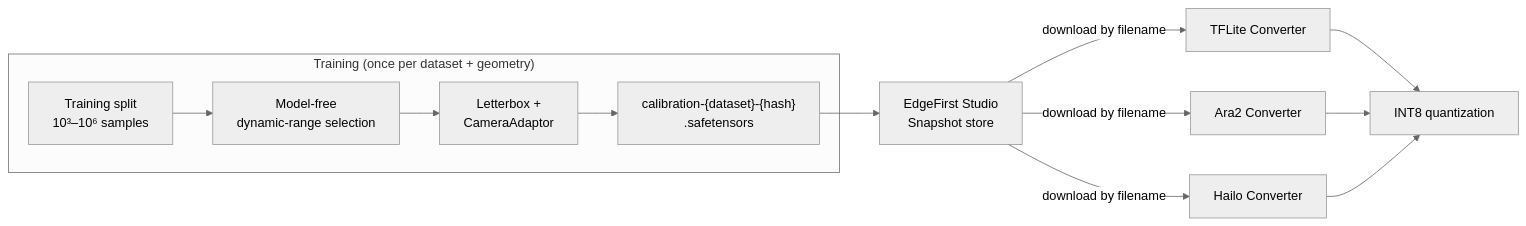
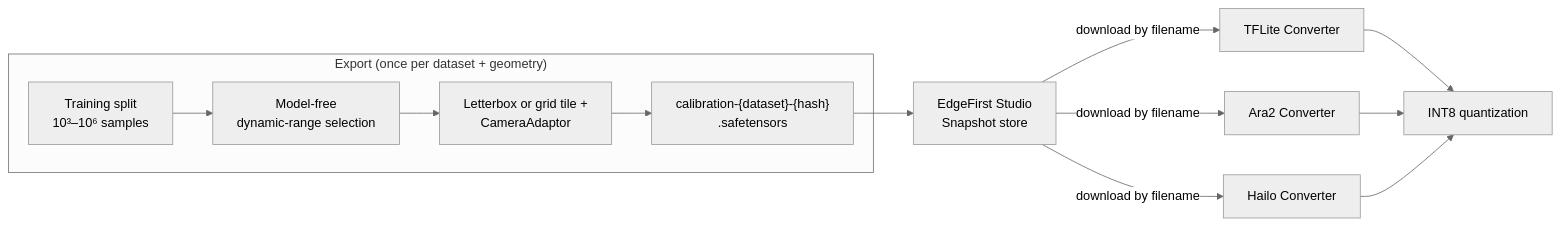
Before and after one commit to EdgeFirstAI/documentation: the diagram in docs/models/conversion/calibration.md, drawn with Mermaid (neutral theme). The commit also changed other lines of this file and 2 other files, not shown here.

````diff
--- a/docs/models/conversion/calibration.md
+++ b/docs/models/conversion/calibration.md
@@ -61,13 +48,13 @@
 ```mermaid
 flowchart LR
-    subgraph Train["Training (once per dataset + geometry)"]
+    subgraph Train["Export (once per dataset + geometry)"]
         Pool["Training split<br/>10³–10⁶ samples"] --> Select["Model-free<br/>dynamic-range selection"]
-        Select --> Pre["Letterbox +<br/>CameraAdaptor"]
+        Select --> Pre["Letterbox or grid tile +<br/>CameraAdaptor"]
         Pre --> Snap["calibration-{dataset}-{hash}<br/>.safetensors"]
     end
     Snap --> Store["EdgeFirst Studio<br/>Snapshot store"]
     Store -->|"download by filename"| C1["TFLite Converter"]
     Store -->|"download by filename"| C2["Ara2 Converter"]
     Store -->|"download by filename"| C3["Hailo Converter"]
     C1 & C2 & C3 --> Q["INT8 quantization"]
 ```
````
